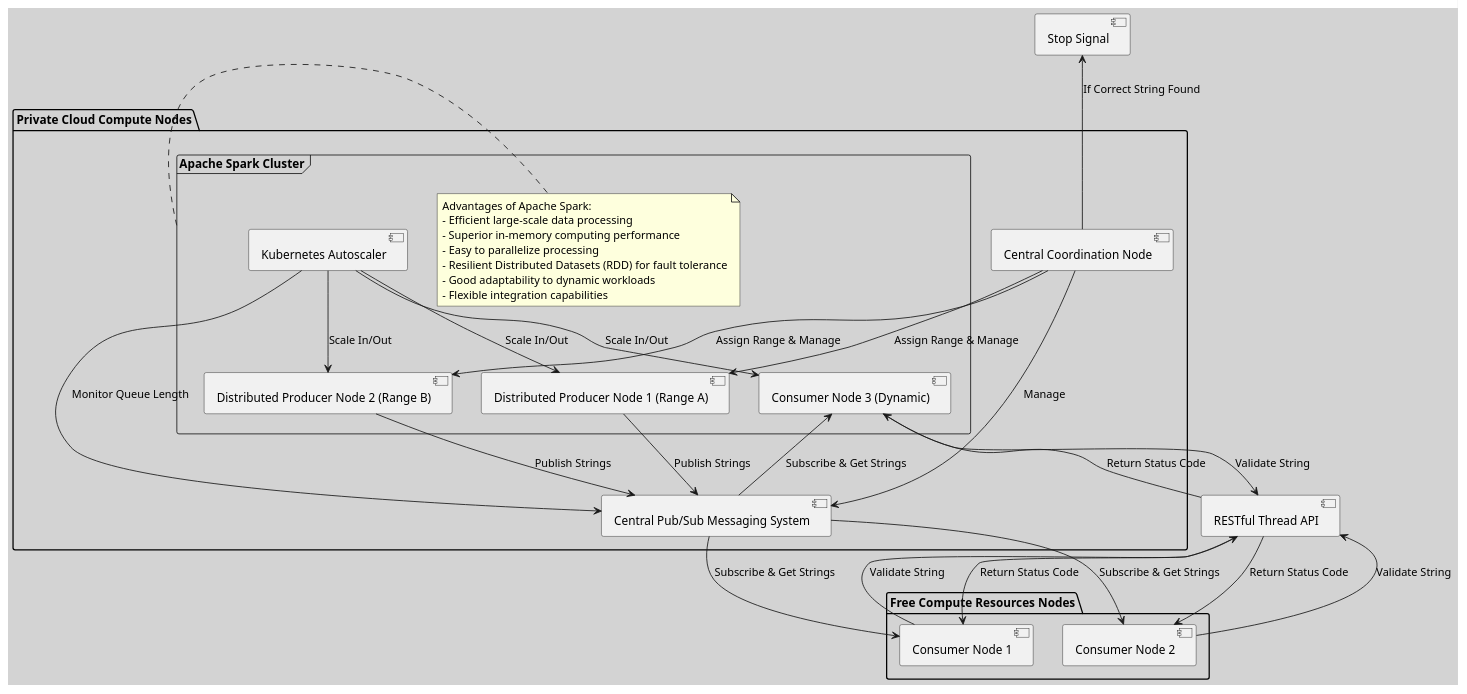
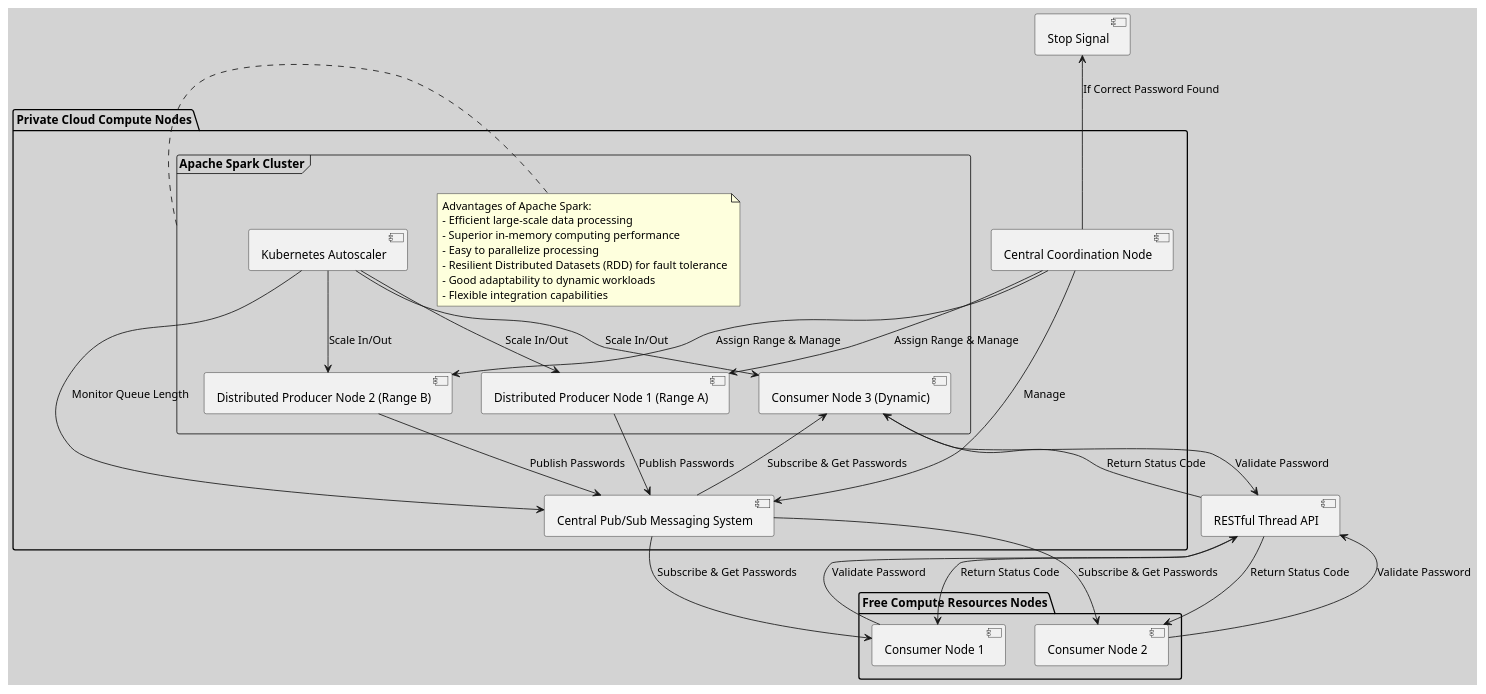
Before and after one commit to huangyingw/system_design: the diagram in interview_questions/distributed_string_guesser_architecture.puml, drawn with PlantUML.

```diff
--- a/interview_questions/distributed_string_guesser_architecture.puml
+++ b/interview_questions/distributed_string_guesser_architecture.puml
@@ -1,63 +1,63 @@
 @startuml
 skinparam backgroundColor #D3D3D3
 
 ' System Description
 ' Brute-Force Password Cracker: Aiming to recover a lost password for a colleague's Threads account using brute-force attack.
 ' The process could take several months to years, utilizing both paid computing resources (from private cloud providers like AWS, Azure, GCP)
 ' and free resources in the form of a temporary public computer network.
 ' The integration of these two types of resources (Private Cloud Resources and Free Compute Resources) is not clear.
 
 package "Private Cloud Compute Nodes" {
     [Central Coordination Node] as Coordinator
     frame "Apache Spark Cluster" {
         note right of "Apache Spark Cluster"
           Advantages of Apache Spark:
           - Efficient large-scale data processing
           - Superior in-memory computing performance
           - Easy to parallelize processing
           - Resilient Distributed Datasets (RDD) for fault tolerance
           - Good adaptability to dynamic workloads
           - Flexible integration capabilities
         end note
         [Distributed Producer Node 1 (Range A)] as DistProducer1
         [Distributed Producer Node 2 (Range B)] as DistProducer2
         [Kubernetes Autoscaler] as Autoscaler
         [Consumer Node 3 (Dynamic)] as DynamicConsumer3
     }
     [Central Pub/Sub Messaging System] as PubSub
 }
 
 package "Free Compute Resources Nodes" {
     [Consumer Node 1] as FreeConsumer1
     [Consumer Node 2] as FreeConsumer2
 }
     
 [RESTful Thread API] as API
 
 Autoscaler --> PubSub : Monitor Queue Length
 Autoscaler --> DistProducer1 : Scale In/Out
 Autoscaler --> DistProducer2 : Scale In/Out
 Autoscaler --> DynamicConsumer3 : Scale In/Out
 
 Coordinator --> DistProducer1 : Assign Range & Manage
 Coordinator --> DistProducer2 : Assign Range & Manage
 Coordinator --> PubSub : Manage
     
-DistProducer1 --> PubSub : Publish Strings
-DistProducer2 --> PubSub : Publish Strings
+DistProducer1 --> PubSub : Publish Passwords
+DistProducer2 --> PubSub : Publish Passwords
 
-PubSub --> FreeConsumer1 : Subscribe & Get Strings
-PubSub --> FreeConsumer2 : Subscribe & Get Strings
-PubSub --> DynamicConsumer3 : Subscribe & Get Strings
+PubSub --> FreeConsumer1 : Subscribe & Get Passwords
+PubSub --> FreeConsumer2 : Subscribe & Get Passwords
+PubSub --> DynamicConsumer3 : Subscribe & Get Passwords
 
-FreeConsumer1 --> API : Validate String
-FreeConsumer2 --> API : Validate String
-DynamicConsumer3 --> API : Validate String
+FreeConsumer1 --> API : Validate Password
+FreeConsumer2 --> API : Validate Password
+DynamicConsumer3 --> API : Validate Password
 
 API --> FreeConsumer1 : Return Status Code
 API --> FreeConsumer2 : Return Status Code
 API --> DynamicConsumer3 : Return Status Code
 
-Coordinator -up-> [Stop Signal] : If Correct String Found
+Coordinator -up-> [Stop Signal] : If Correct Password Found
 
 @enduml
```
